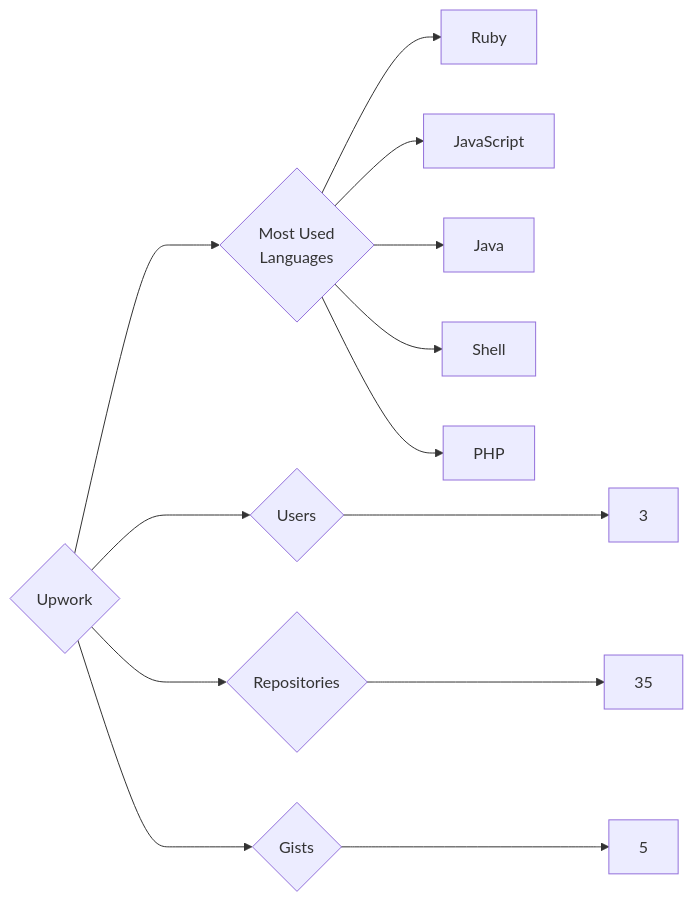
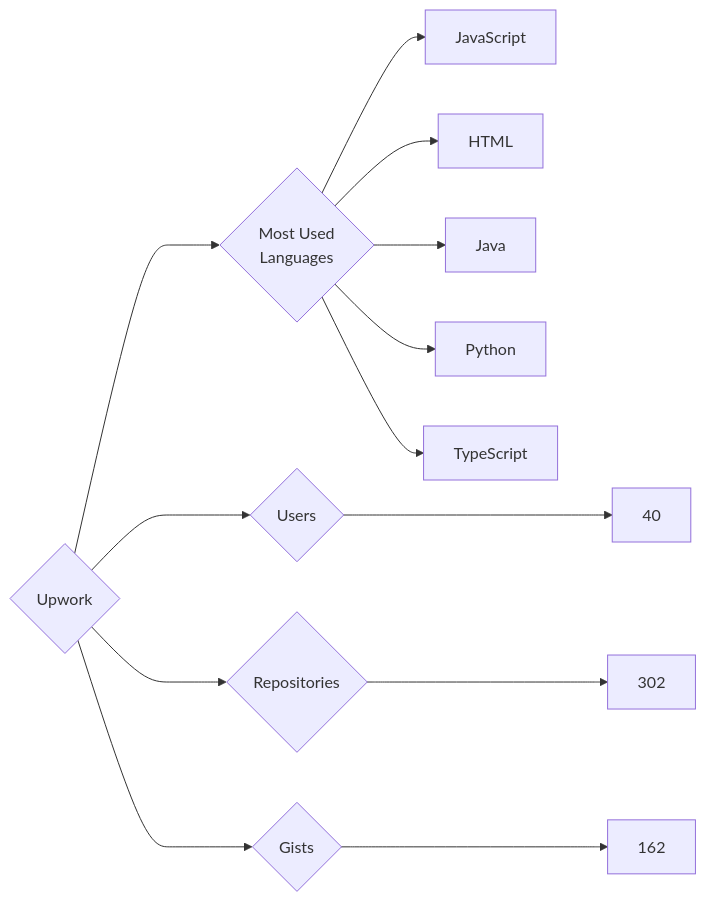
Before and after one commit to trickest/insiders: the diagram in targets/Upwork/README.md, drawn with Mermaid. The commit also changed 912 other files, not shown here.

````diff
--- a/targets/Upwork/README.md
+++ b/targets/Upwork/README.md
@@ -3,13 +3,13 @@
 ```mermaid
 graph LR
 COMPANY_NAME{Upwork}
-COMPANY_NAME ---> U{Users} ---> UN[3]
-COMPANY_NAME ---> R{Repositories} ---> RN[35]
-COMPANY_NAME ---> G{Gists} ---> GN[5]
+COMPANY_NAME ---> U{Users} ---> UN[40]
+COMPANY_NAME ---> R{Repositories} ---> RN[302]
+COMPANY_NAME ---> G{Gists} ---> GN[162]
 COMPANY_NAME ---> ML{Most Used<br>Languages}
-ML --> Ruby[Ruby]
 ML --> JavaScript[JavaScript]
+ML --> HTML[HTML]
 ML --> Java[Java]
-ML --> Shell[Shell]
-ML --> PHP[PHP]
+ML --> Python[Python]
+ML --> TypeScript[TypeScript]
 ```
````
